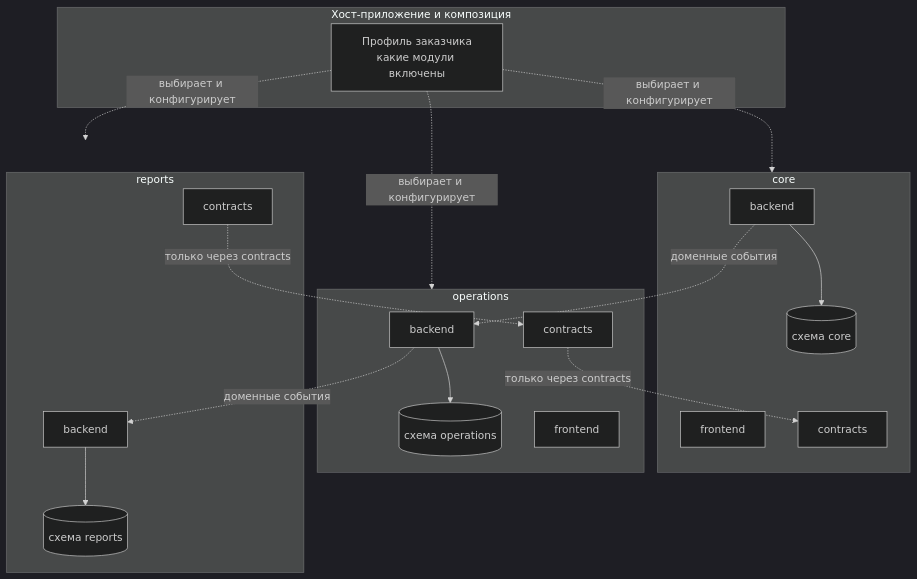
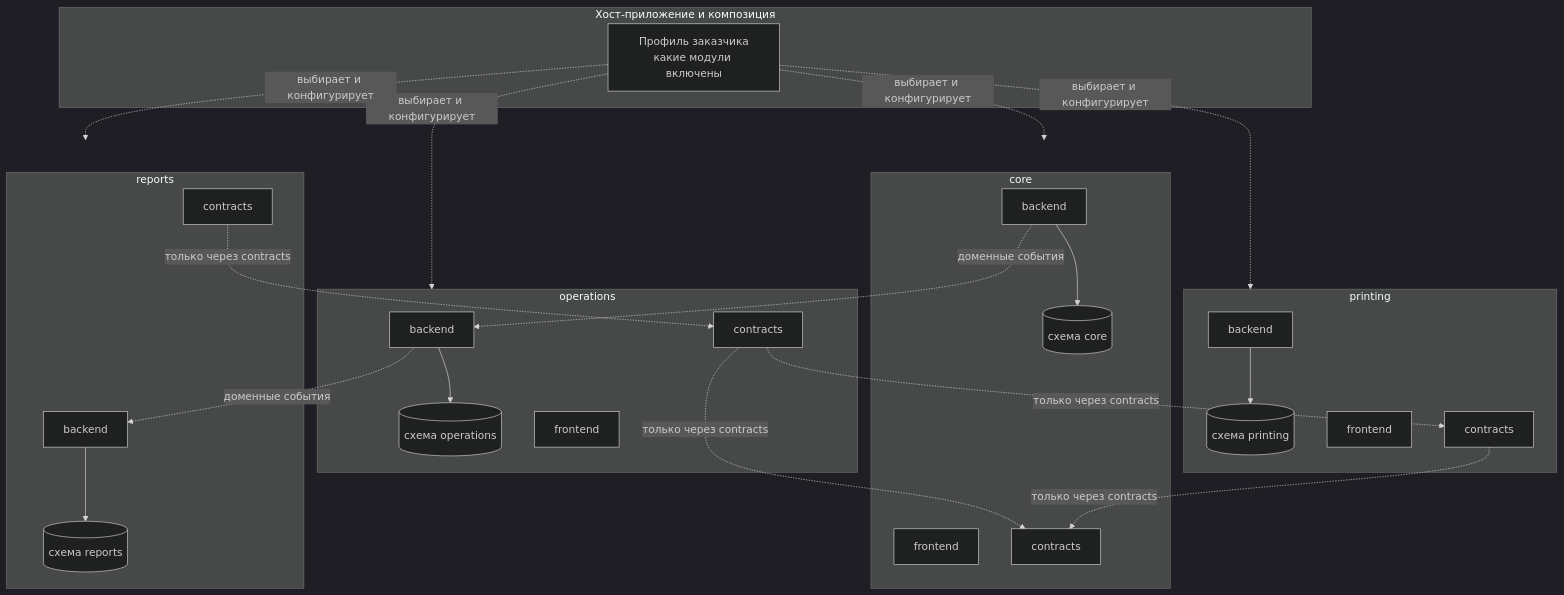
Before and after one commit to const-neshumaev/bank-cash-ops: the second of 2 diagrams in docs/architecture.md, drawn with Mermaid (dark theme). The commit also changed other lines of this file and 89 other files, not shown here.

````diff
--- a/docs/architecture.md
+++ b/docs/architecture.md
@@ -31,27 +31,35 @@
 ```mermaid
 graph TD
     subgraph Host["Хост-приложение и композиция"]
         Comp[Профиль заказчика<br/>какие модули включены]
     end
     subgraph Core["core"]
         C_BE[backend] --> C_DB[(схема core)]
         C_FE[frontend]
         C_CT[contracts]
     end
     subgraph Ops["operations"]
         O_BE[backend] --> O_DB[(схема operations)]
         O_FE[frontend]
         O_CT[contracts]
     end
+    subgraph Print["printing"]
+        P_BE[backend] --> P_DB[(схема printing)]
+        P_FE[frontend]
+        P_CT[contracts]
+    end
     subgraph Rep["reports"]
         R_BE[backend] --> R_DB[(схема reports)]
         R_CT[contracts]
     end
     O_CT -. "только через contracts" .-> C_CT
+    O_CT -. "только через contracts" .-> P_CT
+    P_CT -. "только через contracts" .-> C_CT
     R_CT -. "только через contracts" .-> O_CT
     C_BE -. "доменные события" .-> O_BE
     O_BE -. "доменные события" .-> R_BE
     Comp -. "выбирает и конфигурирует" .-> Core
     Comp -. "выбирает и конфигурирует" .-> Ops
+    Comp -. "выбирает и конфигурирует" .-> Print
     Comp -. "выбирает и конфигурирует" .-> Rep
 ```
````
